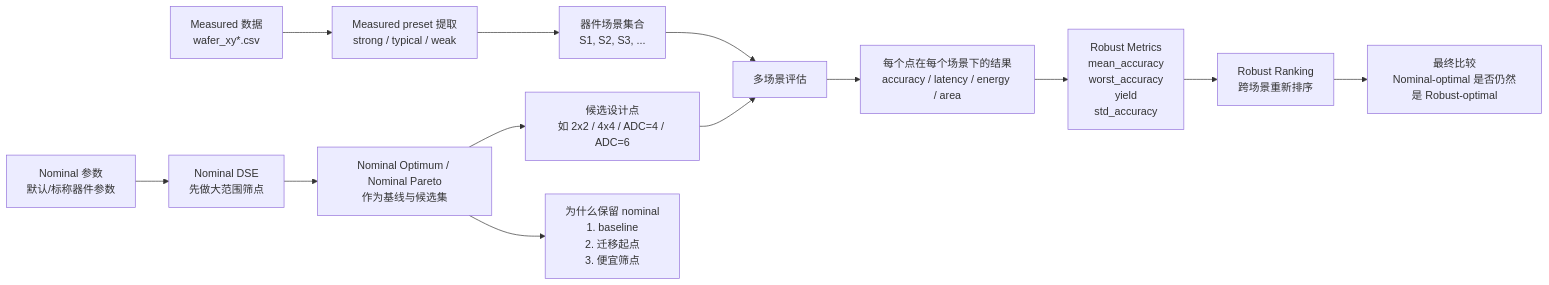
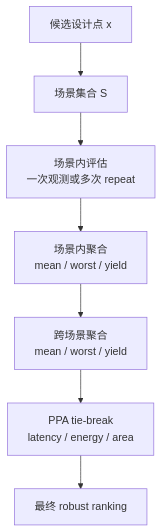
The third of 3 diagrams in docs/status/group_meeting_talk.md (Maaannnn/MNSIM-2.0), drawn with Mermaid before and after one commit. The commit also changed other lines of this file and 173 other files, not shown here.

````diff
--- a/docs/status/group_meeting_talk.md
+++ b/docs/status/group_meeting_talk.md
@@ -342,20 +732,9 @@
 ```mermaid
-flowchart LR
-    A["Nominal 参数<br/>默认/标称器件参数"] --> B["Nominal DSE<br/>先做大范围筛点"]
-    B --> C["Nominal Optimum / Nominal Pareto<br/>作为基线与候选集"]
-
-    D["Measured 数据<br/>wafer_xy*.csv"] --> E["Measured preset 提取<br/>strong / typical / weak"]
-    E --> F["器件场景集合<br/>S1, S2, S3, ..."]
-
-    C --> G["候选设计点<br/>如 2x2 / 4x4 / ADC=4 / ADC=6"]
-    F --> H["多场景评估"]
-    G --> H
-
-    H --> I["每个点在每个场景下的结果<br/>accuracy / latency / energy / area"]
-
-    I --> J["Robust Metrics<br/>mean_accuracy<br/>worst_accuracy<br/>yield<br/>std_accuracy"]
-    J --> K["Robust Ranking<br/>跨场景重新排序"]
-
-    C --> L["为什么保留 nominal<br/>1. baseline<br/>2. 迁移起点<br/>3. 便宜筛点"]
-    K --> M["最终比较<br/>Nominal-optimal 是否仍然是 Robust-optimal"]
+flowchart TD
+    A["候选设计点 x"] --> B["场景集合 S"]
+    B --> C["场景内评估<br/>一次观测或多次 repeat"]
+    C --> D["场景内聚合<br/>mean / worst / yield"]
+    D --> E["跨场景聚合<br/>mean / worst / yield"]
+    E --> F["PPA tie-break<br/>latency / energy / area"]
+    F --> G["最终 robust ranking"]
 ```
````
